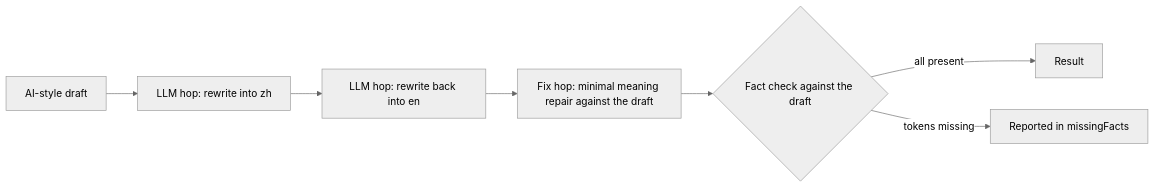
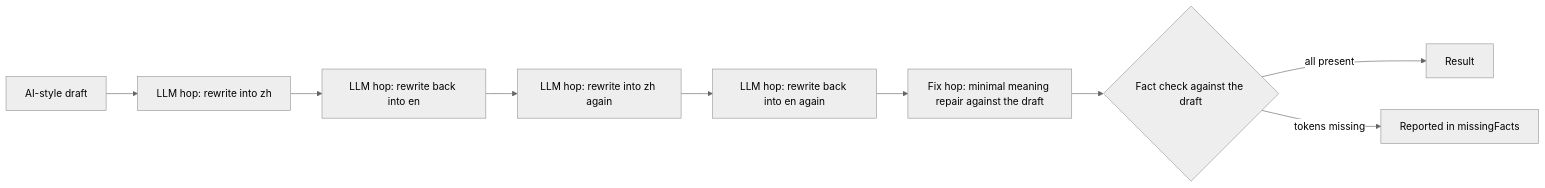
The diagram in README.md (w21180239/not-a-bot), drawn with Mermaid (neutral theme) before and after one commit. The commit also changed other lines of this file and 17 other files, not shown here.

````diff
--- a/README.md
+++ b/README.md
@@ -120,9 +126,11 @@
 ```mermaid
 flowchart LR
     A[AI-style draft] --> B[LLM hop: rewrite into zh]
     B --> C[LLM hop: rewrite back into en]
-    C --> D[Fix hop: minimal meaning repair against the draft]
+    C --> C2[LLM hop: rewrite into zh again]
+    C2 --> C3[LLM hop: rewrite back into en again]
+    C3 --> D[Fix hop: minimal meaning repair against the draft]
     D --> E{Fact check against the draft}
     E -->|all present| F[Result]
     E -->|tokens missing| G[Reported in missingFacts]
 ```
````
